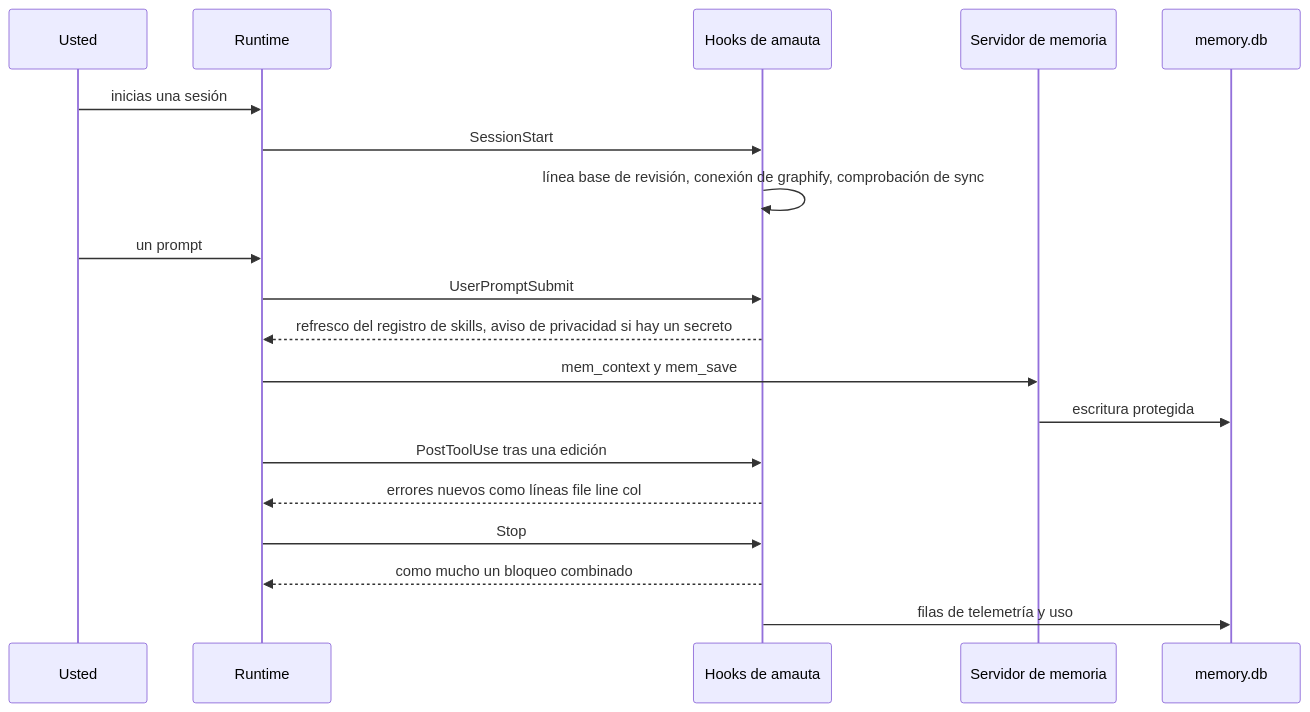
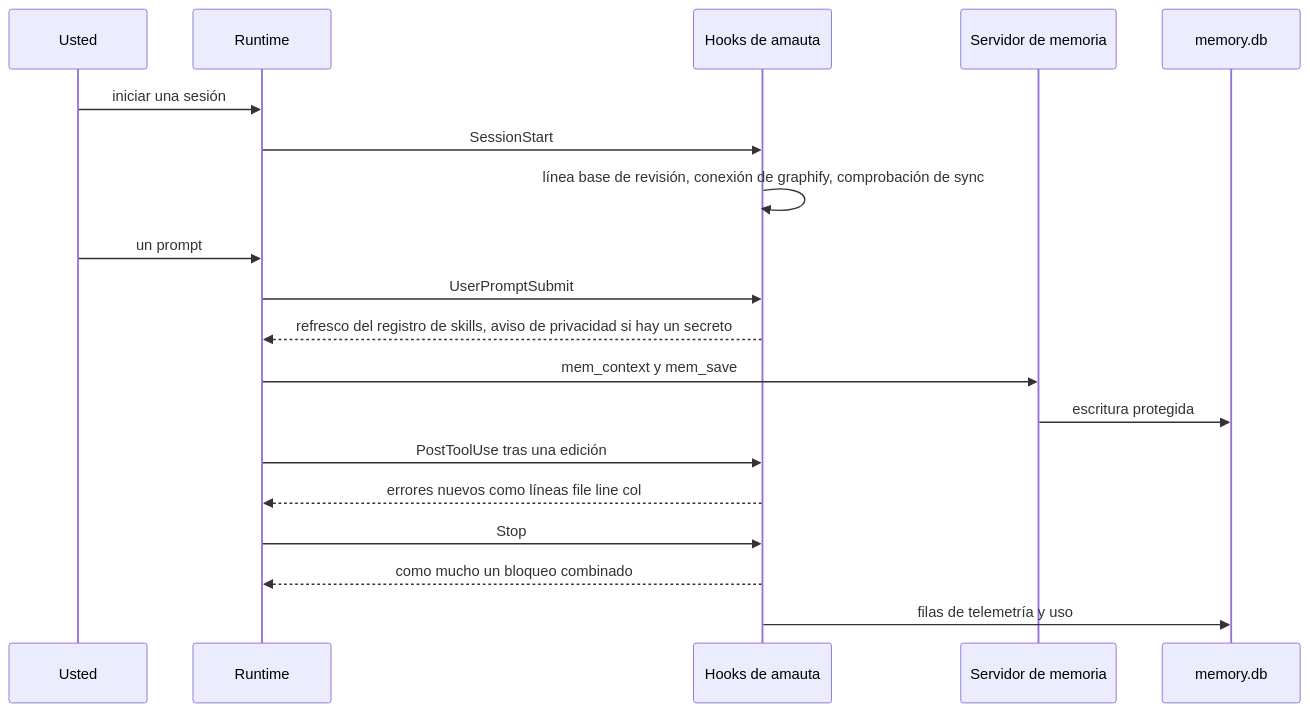
The second of 2 diagrams in python/amauta/portal/guide/es/overview.md (Negraldi/amauta), drawn with Mermaid before and after one commit. The commit also changed other lines of this file and 11 other files, not shown here.

````diff
--- a/python/amauta/portal/guide/es/overview.md
+++ b/python/amauta/portal/guide/es/overview.md
@@ -94,21 +94,21 @@
 ```mermaid
 sequenceDiagram
   participant U as Usted
   participant R as Runtime
   participant H as Hooks de amauta
   participant M as Servidor de memoria
   participant DB as memory.db
-  U->>R: inicias una sesión
+  U->>R: iniciar una sesión
   R->>H: SessionStart
   H->>H: línea base de revisión, conexión de graphify, comprobación de sync
   U->>R: un prompt
   R->>H: UserPromptSubmit
   H-->>R: refresco del registro de skills, aviso de privacidad si hay un secreto
   R->>M: mem_context y mem_save
   M->>DB: escritura protegida
   R->>H: PostToolUse tras una edición
   H-->>R: errores nuevos como líneas file line col
   R->>H: Stop
   H-->>R: como mucho un bloqueo combinado
   H->>DB: filas de telemetría y uso
 ```
````
